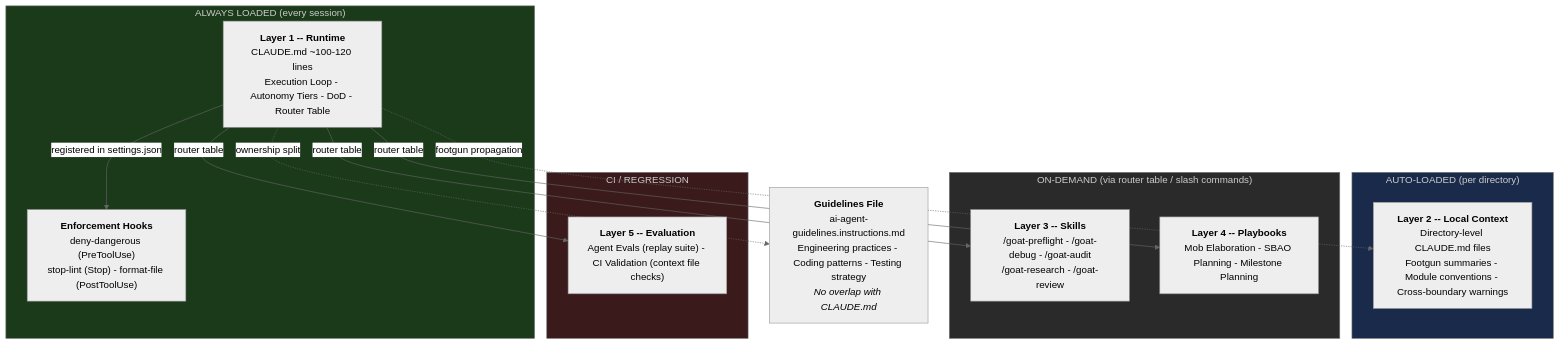
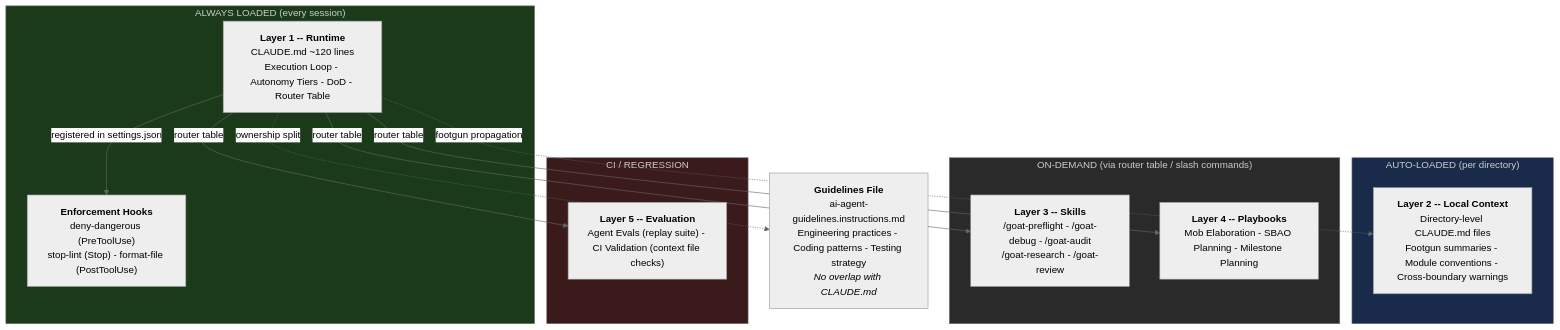
One commit to blundergoat/goat-flow changed the first of 2 diagrams in docs/reference/design-rationale.md. Above: the diagram before and after it, drawn with Mermaid (neutral theme). The commit also changed other lines of this file and 15 other files, not shown here.

````diff
--- a/docs/reference/design-rationale.md
+++ b/docs/reference/design-rationale.md
@@ -30,34 +30,34 @@
 ```mermaid
 flowchart TB
     subgraph ALWAYS["ALWAYS LOADED (every session)"]
-        L1["<b>Layer 1 -- Runtime</b><br/>CLAUDE.md ~100-120 lines<br/>Execution Loop - Autonomy Tiers - DoD - Router Table"]
+        L1["<b>Layer 1 -- Runtime</b><br/>CLAUDE.md ~120 lines<br/>Execution Loop - Autonomy Tiers - DoD - Router Table"]
         HOOKS["<b>Enforcement Hooks</b><br/>deny-dangerous (PreToolUse)<br/>stop-lint (Stop) - format-file (PostToolUse)"]
     end
 
     subgraph AUTO["AUTO-LOADED (per directory)"]
         L2["<b>Layer 2 -- Local Context</b><br/>Directory-level CLAUDE.md files<br/>Footgun summaries - Module conventions - Cross-boundary warnings"]
     end
 
     subgraph DEMAND["ON-DEMAND (via router table / slash commands)"]
         L3["<b>Layer 3 -- Skills</b><br/>/goat-preflight - /goat-debug - /goat-audit<br/>/goat-research - /goat-review"]
         L4["<b>Layer 4 -- Playbooks</b><br/>Mob Elaboration - SBAO Planning - Milestone Planning"]
     end
 
     subgraph CICD["CI / REGRESSION"]
         L5["<b>Layer 5 -- Evaluation</b><br/>Agent Evals (replay suite) - CI Validation (context file checks)"]
     end
 
     GUIDE["<b>Guidelines File</b><br/>ai-agent-guidelines.instructions.md<br/>Engineering practices - Coding patterns - Testing strategy<br/><i>No overlap with CLAUDE.md</i>"]
 
     L1 -- "router table" --> L3
     L1 -- "router table" --> L4
     L1 -- "router table" --> L5
     L1 -. "footgun propagation" .-> L2
     L1 -- "registered in settings.json" --> HOOKS
     L1 -. "ownership split" .-> GUIDE
 
     style ALWAYS fill:#1a3a1a,color:#ccc
     style AUTO fill:#1a2a4a,color:#ccc
     style DEMAND fill:#2a2a2a,color:#ccc
     style CICD fill:#3a1a1a,color:#ccc
 ```
````
